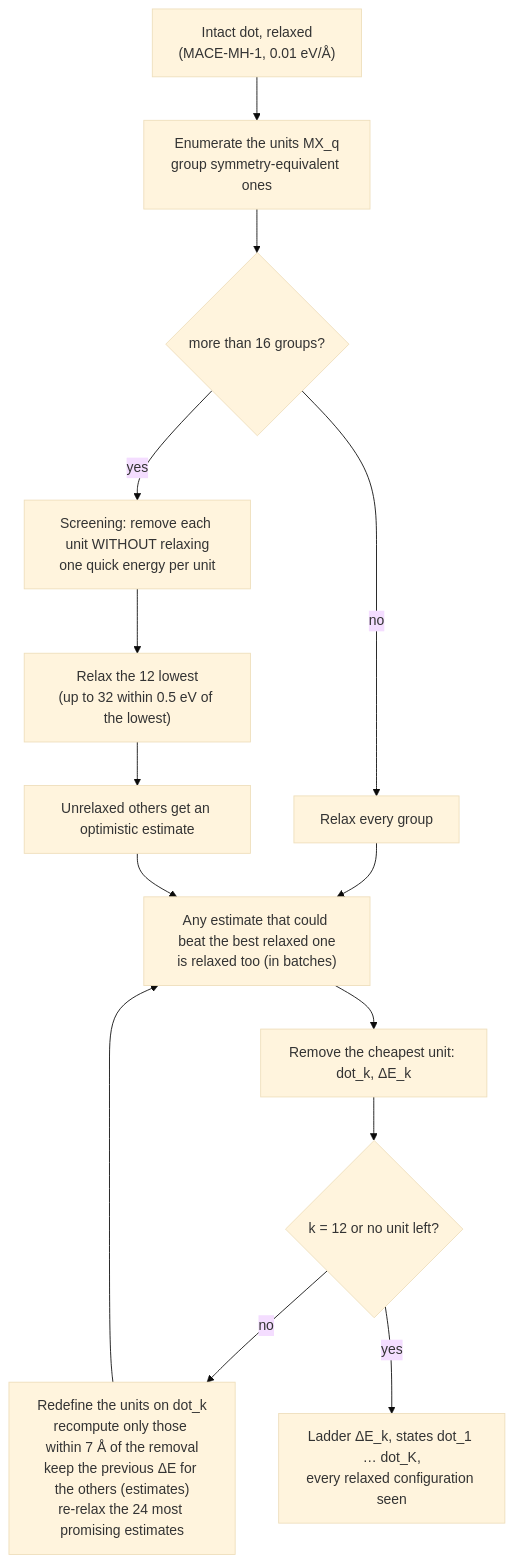
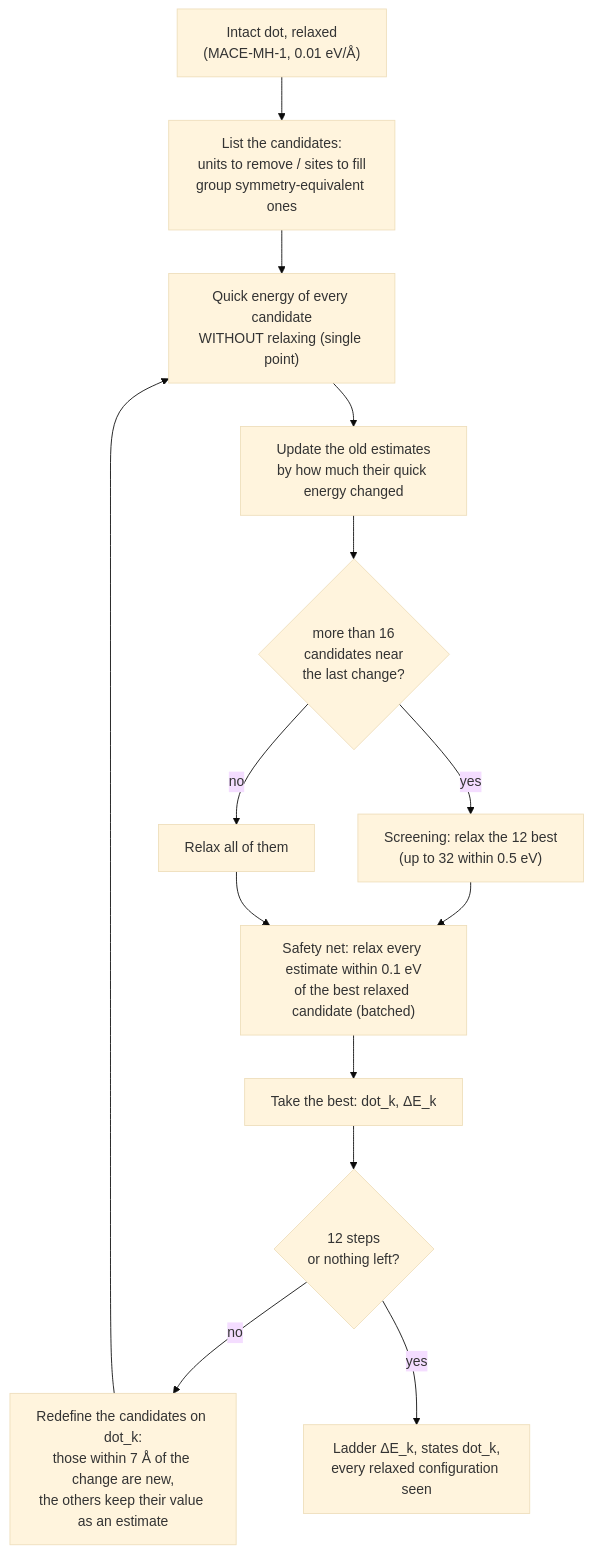
The diagram in docs/theory/desorption.md (nlesc-nano/qd-workflows), drawn with Mermaid (base theme) before and after one commit. The commit also changed other lines of this file and 1 other file, not shown here.

Commit message:
docs: adsorption ladder, quick-energy refresh and near-tie margin, F_vib test, configurational entropy of the ligand shell, chemical potential in synthesis and storage

````diff
--- a/docs/theory/desorption.md
+++ b/docs/theory/desorption.md
@@ -106,16 +121,16 @@
 ```mermaid
 flowchart TD
-    A["Intact dot, relaxed<br/>(MACE-MH-1, 0.01 eV/Å)"] --> B["Enumerate the units MX_q<br/>group symmetry-equivalent ones"]
-    B --> C{"more than 16 groups?"}
-    C -- yes --> D["Screening: remove each unit WITHOUT relaxing<br/>one quick energy per unit"]
-    D --> E["Relax the 12 lowest<br/>(up to 32 within 0.5 eV of the lowest)"]
-    C -- no --> E2["Relax every group"]
-    E --> F["Unrelaxed others get an optimistic estimate"]
-    E2 --> G
-    F --> G["Any estimate that could beat the best relaxed one<br/>is relaxed too (in batches)"]
-    G --> H["Remove the cheapest unit: dot_k, ΔE_k"]
-    H --> I{"k = 12 or no unit left?"}
-    I -- no --> J["Redefine the units on dot_k<br/>recompute only those within 7 Å of the removal<br/>keep the previous ΔE for the others (estimates)<br/>re-relax the 24 most promising estimates"]
-    J --> G
-    I -- yes --> K["Ladder ΔE_k, states dot_1 … dot_K,<br/>every relaxed configuration seen"]
+    A["Intact dot, relaxed<br/>(MACE-MH-1, 0.01 eV/Å)"] --> B["List the candidates:<br/>units to remove / sites to fill<br/>group symmetry-equivalent ones"]
+    B --> C["Quick energy of every candidate<br/>WITHOUT relaxing (single point)"]
+    C --> D["Update the old estimates<br/>by how much their quick energy changed"]
+    D --> E{"more than 16<br/>candidates near<br/>the last change?"}
+    E -- yes --> F["Screening: relax the 12 best<br/>(up to 32 within 0.5 eV)"]
+    E -- no --> F2["Relax all of them"]
+    F --> G
+    F2 --> G["Safety net: relax every estimate within 0.1 eV<br/>of the best relaxed candidate (batched)"]
+    G --> H["Take the best: dot_k, ΔE_k"]
+    H --> I{"12 steps<br/>or nothing left?"}
+    I -- no --> J["Redefine the candidates on dot_k:<br/>those within 7 Å of the change are new,<br/>the others keep their value as an estimate"]
+    J --> C
+    I -- yes --> K["Ladder ΔE_k, states dot_k,<br/>every relaxed configuration seen"]
 ```
````
